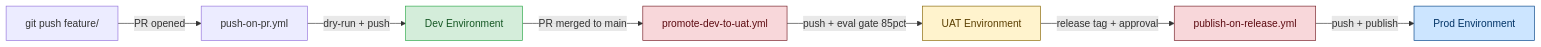
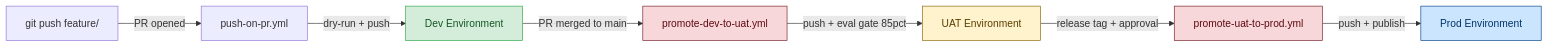
Before and after one commit to ramyabhargavi-p/copilot-studio-templates: the sixth of 7 diagrams in ENGINEERING-PLAYBOOK.md, drawn with Mermaid. The commit also changed other lines of this file and 6 other files, not shown here.

````diff
--- a/ENGINEERING-PLAYBOOK.md
+++ b/ENGINEERING-PLAYBOOK.md
@@ -1455,15 +1454,15 @@
 ```mermaid
 flowchart LR
     A[git push feature/] -->|PR opened| B[push-on-pr.yml]
     B -->|dry-run + push| C[Dev Environment]
     C -->|PR merged to main| D[promote-dev-to-uat.yml]
     D -->|push + eval gate 85pct| E[UAT Environment]
-    E -->|release tag + approval| F[publish-on-release.yml]
+    E -->|release tag + approval| F[promote-uat-to-prod.yml]
     F -->|push + publish| G[Prod Environment]
 
     style C fill:#d4edda,stroke:#28a745,color:#155724
     style E fill:#fff3cd,stroke:#856404,color:#5a3e00
     style G fill:#cce5ff,stroke:#004085,color:#003366
     style D fill:#f8d7da,stroke:#721c24,color:#5c0a10
     style F fill:#f8d7da,stroke:#721c24,color:#5c0a10
 ```
````
